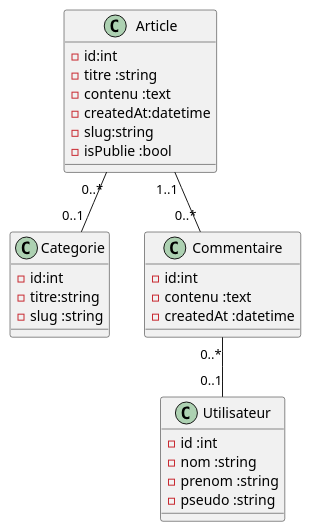
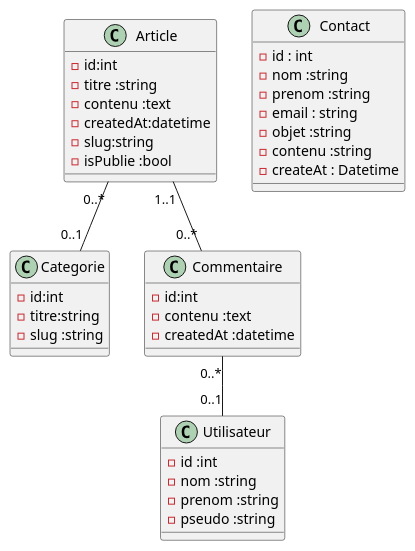
One commit to Zirmo/blog_lamy changed the diagram in documentation/diagramme de classe.puml. Above: the diagram before and after it, drawn with PlantUML. The commit also changed 12 other files, not shown here.

```diff
--- a/documentation/diagramme de classe.puml
+++ b/documentation/diagramme de classe.puml
@@ -1,33 +1,42 @@
 @startuml
 
 class Article {
     -id:int
     -titre :string
     -contenu :text
     -createdAt:datetime
     -slug:string
     -isPublie :bool
 }
 
 class Categorie {
     -id:int
     -titre:string
     -slug :string
 }
 
 class Commentaire {
     -id:int
     -contenu :text
     -createdAt :datetime
 }
 
 class Utilisateur {
     -id :int
     -nom :string
     -prenom :string
     -pseudo :string
 }
+class Contact {
+    -id : int
+    -nom :string
+    -prenom :string
+    -email : string
+    -objet :string
+    -contenu :string
+    -createAt : Datetime
+}
 Article "0..*"-- "0..1" Categorie
 Article "1..1"--"0..*" Commentaire
 Commentaire "0..*"-- "0..1"Utilisateur
 @enduml
```
